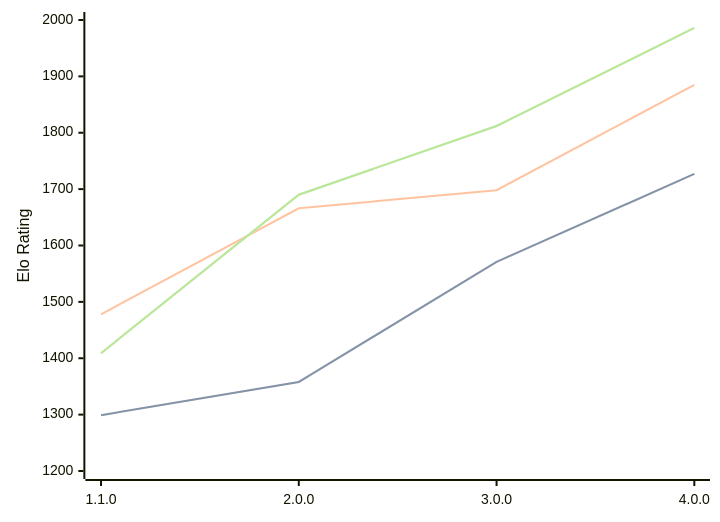
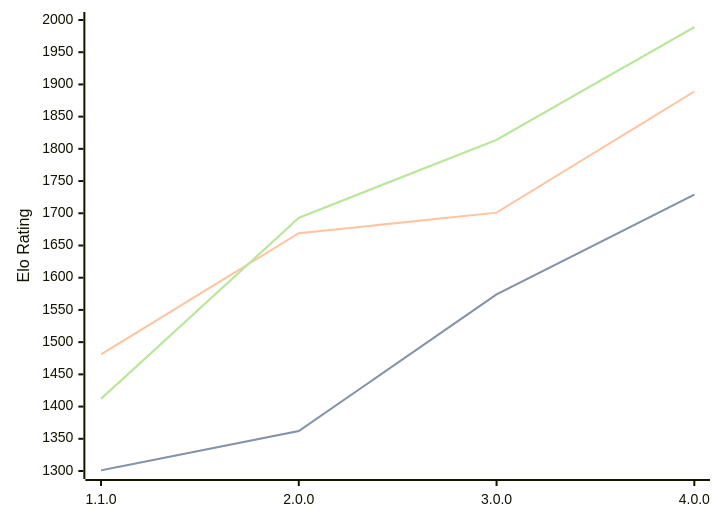
The diagram in engines/Laura.md (computer-chess-index/cci), drawn with Mermaid before and after one commit. The commit also changed other lines of this file, not shown here.

Commit message:
Update CCI Ratings (ELO VLTC) - 2026-09-24

````diff
--- a/engines/Laura.md
+++ b/engines/Laura.md
@@ -34,11 +34,11 @@
 ```mermaid
 %%{init: {"theme":"base","themeVariables":{"seriesColors:['#a3a3a3','#222221','#faa371']}}}%%
 xychart-beta
   x-axis ["1.1.0", "2.0.0", "3.0.0", "4.0.0"]
-  y-axis "Elo Rating" 1200 --> 2000
-  line "" [1299, 1358, 1571, 1727]
-  line "STC (8.0+0.08s)" [1299, 1358, 1571, 1727]
-  line "LTC (60.0+0.60s)" [1478, 1666, 1698, 1885]
-  line "" [1409, 1690, 1812, 1986]
-  line "VLTC (2m24s+1.12s)" [1409, 1690, 1812, 1986]
+  y-axis "Elo Rating" 1300 --> 2000
+  line "" [1301, 1362, 1574, 1729]
+  line "STC (8.0+0.08s)" [1301, 1362, 1574, 1729]
+  line "LTC (60.0+0.60s)" [1481, 1669, 1701, 1889]
+  line "" [1412, 1693, 1814, 1989]
+  line "VLTC (2m24s+1.12s)" [1412, 1693, 1814, 1989]
 ```
````
